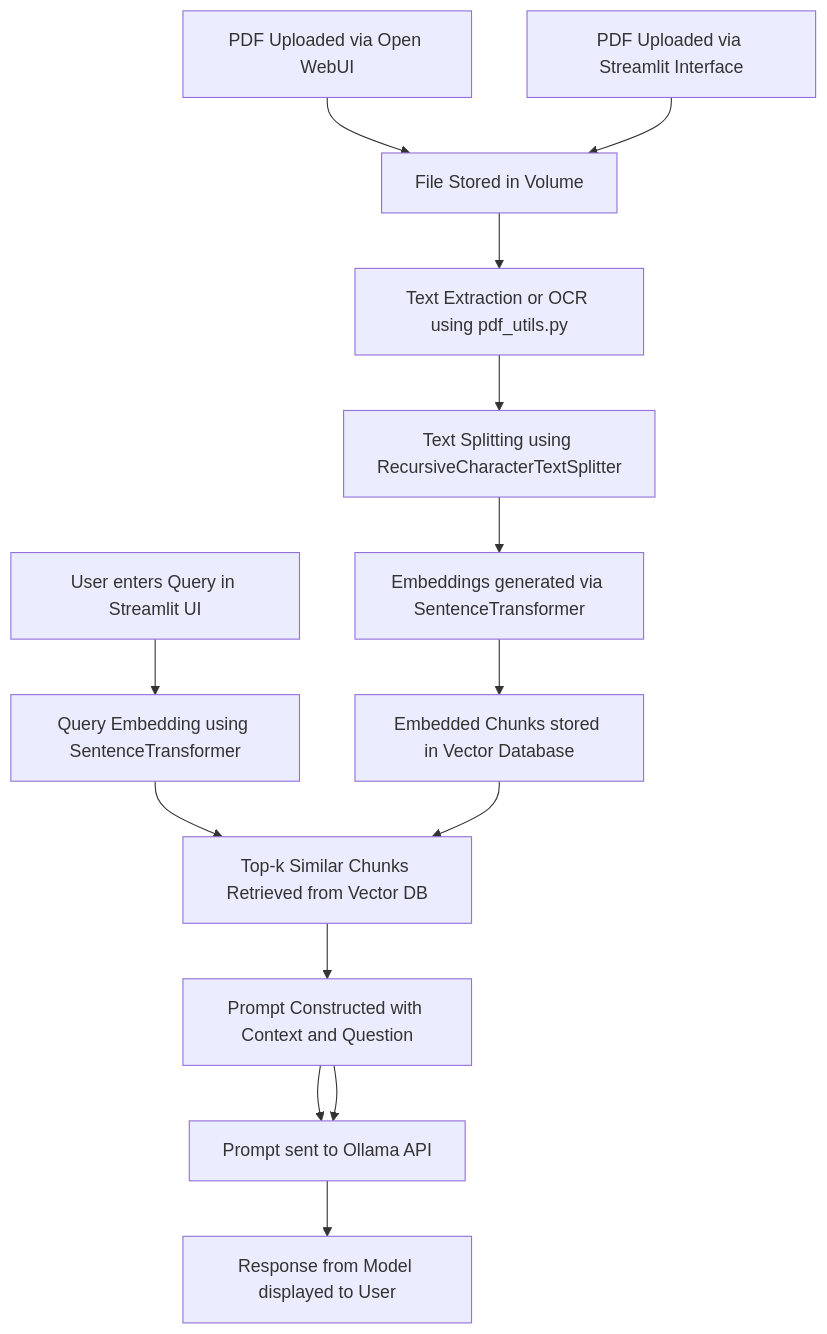
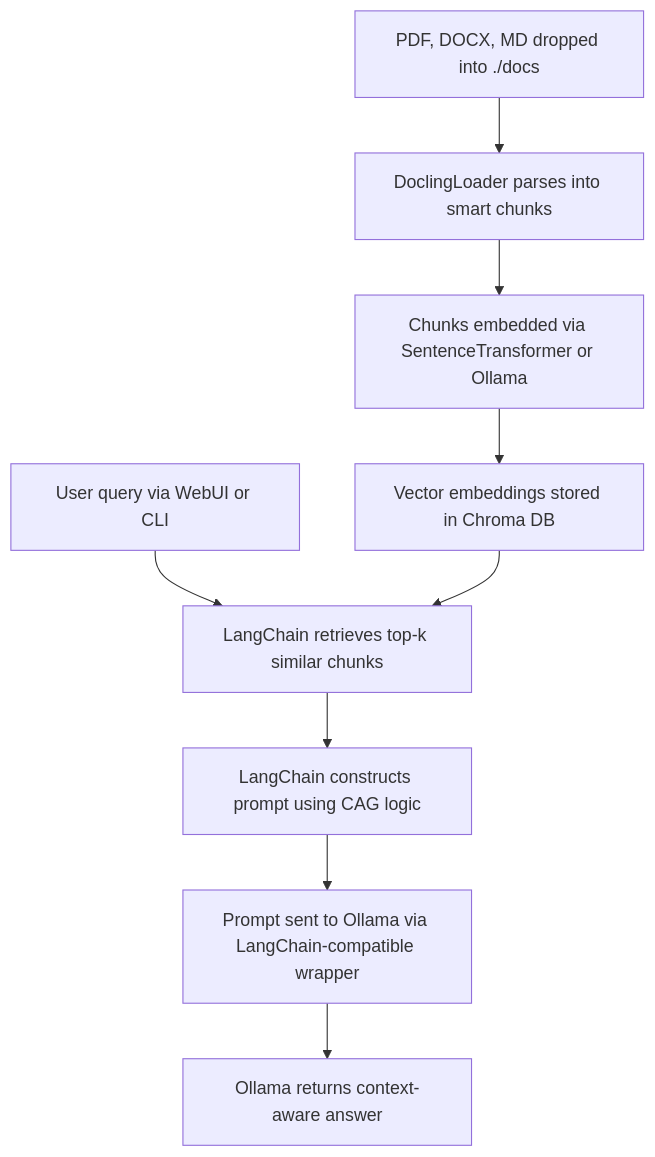
One commit to LifeTimeScriptKiddie/RAGoLLAMA changed the diagram in README.md. Above: the diagram before and after it, drawn with Mermaid. The commit also changed other lines of this file and 2 other files, not shown here.

````diff
--- a/README.md
+++ b/README.md
@@ -4,19 +4,14 @@
 ```mermaid
 flowchart TD
-    A1[PDF Uploaded via Open WebUI] --> B[File Stored in Volume]
-    A2[PDF Uploaded via Streamlit Interface] --> B
 
-    B --> C[Text Extraction or OCR using pdf_utils.py]
-    C --> D[Text Splitting using RecursiveCharacterTextSplitter]
-    D --> E[Embeddings generated via SentenceTransformer]
-    E --> F[Embedded Chunks stored in Vector Database]
+A1[PDF, DOCX, MD dropped into ./docs] --> B[DoclingLoader parses into smart chunks]
+B --> C[Chunks embedded via SentenceTransformer or Ollama]
+C --> D[Vector embeddings stored in Chroma DB]
 
-    G[User enters Query in Streamlit UI] --> H[Query Embedding using SentenceTransformer]
-    H --> I[Top-k Similar Chunks Retrieved from Vector DB]
-    I --> J[Prompt Constructed with Context and Question]
-    J --> K[Prompt sent to Ollama API]
-    K --> L[Response from Model displayed to User]
+E[User query via WebUI or CLI] --> F[LangChain retrieves top-k similar chunks]
+F --> G[LangChain constructs prompt using CAG logic]
+G --> H[Prompt sent to Ollama via LangChain-compatible wrapper]
+H --> I[Ollama returns context-aware answer]
 
-    F --> I
-    J --> K
+D --> F
 ```
````
